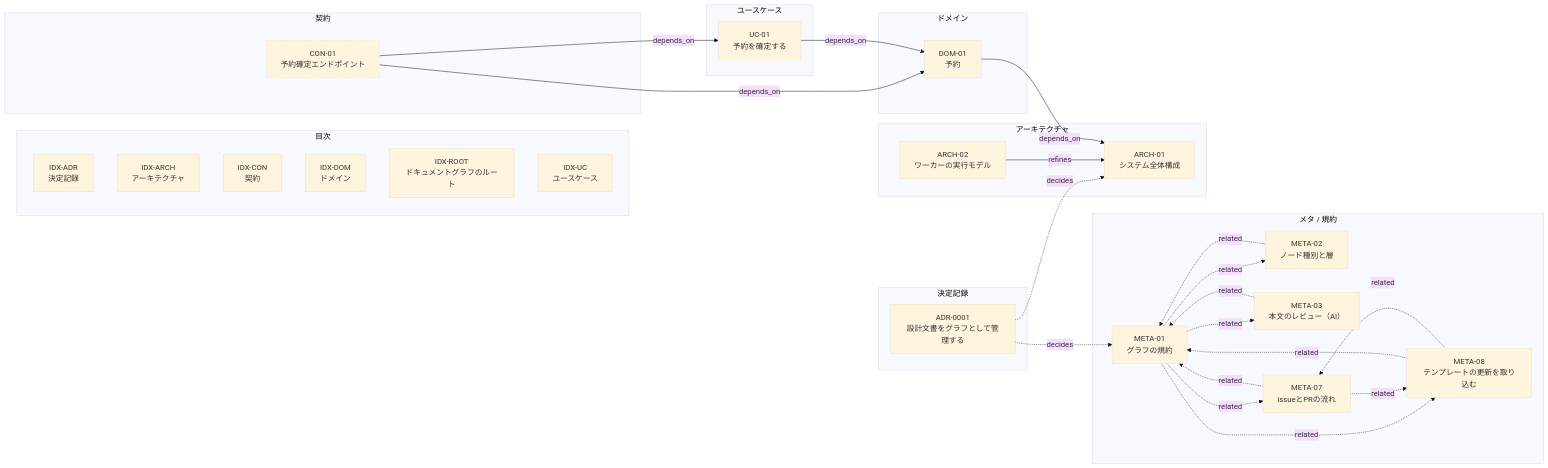
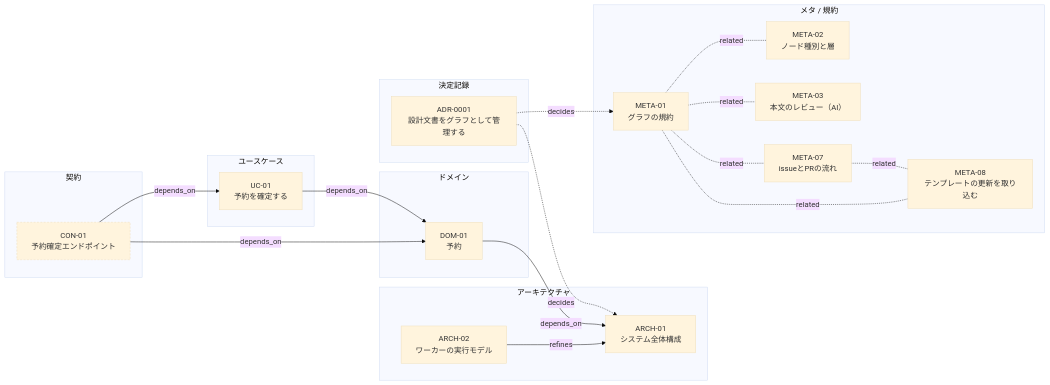
One commit to setopic/gacha-monitor changed the diagram in README.md. Above: the diagram before and after it, drawn with Mermaid (base theme). The commit also changed other lines of this file and 6 other files, not shown here.

First line of the commit message:
feat(META-01): 1.47.0 READMEの図でrelatedの往復を1本にし、線の無いノードを外す（#169） (#170)

````diff
--- a/README.md
+++ b/README.md
@@ -82,54 +84,41 @@
 ```mermaid
 graph LR
-  subgraph index["目次"]
-    IDX-ADR["IDX-ADR<br/>決定記録"]
-    IDX-ARCH["IDX-ARCH<br/>アーキテクチャ"]
-    IDX-CON["IDX-CON<br/>契約"]
-    IDX-DOM["IDX-DOM<br/>ドメイン"]
-    IDX-ROOT["IDX-ROOT<br/>ドキュメントグラフのルート"]
-    IDX-UC["IDX-UC<br/>ユースケース"]
-  end
   subgraph meta["メタ / 規約"]
     META-01["META-01<br/>グラフの規約"]
     META-02["META-02<br/>ノード種別と層"]
     META-03["META-03<br/>本文のレビュー（AI）"]
     META-07["META-07<br/>issueとPRの流れ"]
     META-08["META-08<br/>テンプレートの更新を取り込む"]
   end
   subgraph architecture["アーキテクチャ"]
     ARCH-01["ARCH-01<br/>システム全体構成"]
     ARCH-02["ARCH-02<br/>ワーカーの実行モデル"]
   end
   subgraph domain["ドメイン"]
     DOM-01["DOM-01<br/>予約"]
   end
   subgraph usecase["ユースケース"]
     UC-01["UC-01<br/>予約を確定する"]
   end
   subgraph contract["契約"]
     CON-01["CON-01<br/>予約確定エンドポイント"]
   end
   subgraph adr["決定記録"]
     ADR-0001["ADR-0001<br/>設計文書をグラフとして管理する"]
   end
   ADR-0001 -.->|decides| META-01
   ADR-0001 -.->|decides| ARCH-01
   ARCH-02 -->|refines| ARCH-01
   CON-01 -->|depends_on| UC-01
   CON-01 -->|depends_on| DOM-01
   DOM-01 -->|depends_on| ARCH-01
-  META-01 -.->|related| META-02
-  META-01 -.->|related| META-03
-  META-01 -.->|related| META-07
-  META-01 -.->|related| META-08
-  META-02 -.->|related| META-01
-  META-03 -.->|related| META-01
-  META-07 -.->|related| META-01
-  META-07 -.->|related| META-08
-  META-08 -.->|related| META-01
-  META-08 -.->|related| META-07
+  META-01 -.-|related| META-02
+  META-01 -.-|related| META-03
+  META-01 -.-|related| META-07
+  META-01 -.-|related| META-08
+  META-07 -.-|related| META-08
   UC-01 -->|depends_on| DOM-01
   classDef draft stroke-dasharray: 4\,3;
   classDef deprecated opacity:0.5;
   class CON-01 draft;
 ```
````
